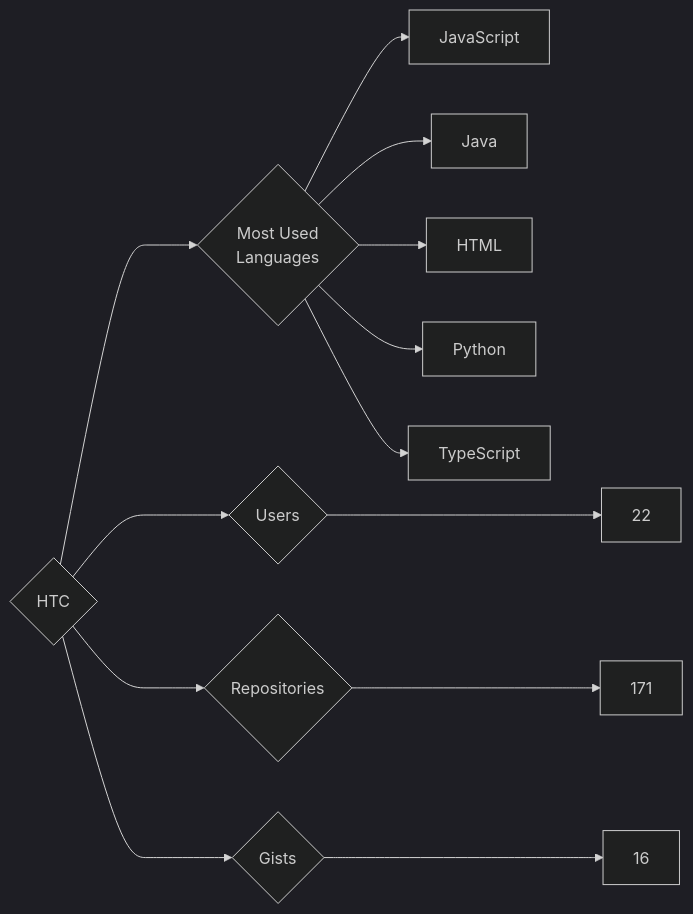
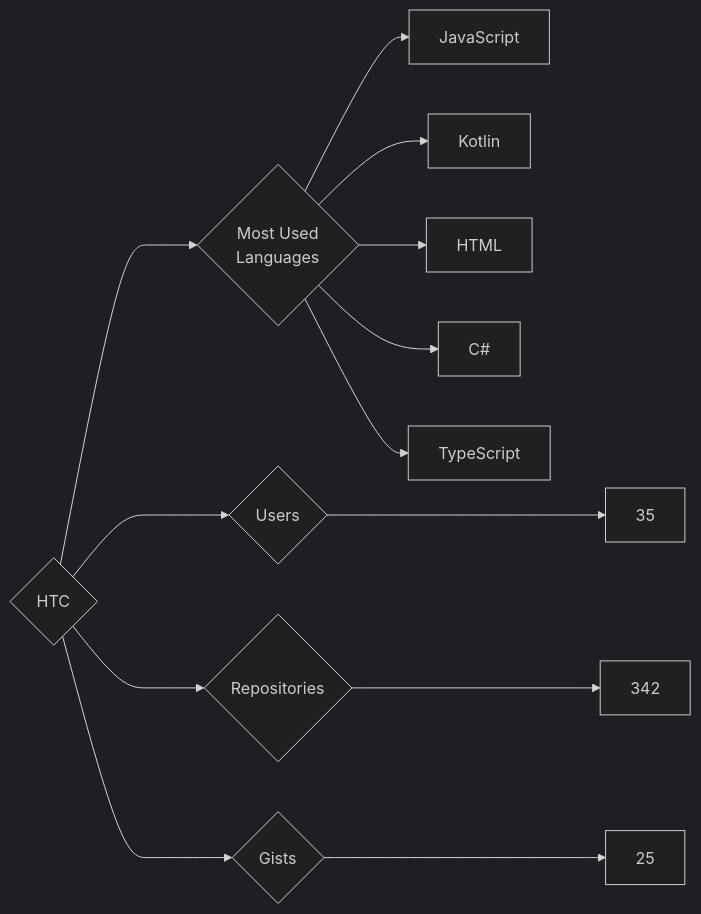
Before and after one commit to trickest/insiders: the diagram in targets/HTC/README.md, drawn with Mermaid (dark theme). The commit also changed 682 other files, not shown here.

````diff
--- a/targets/HTC/README.md
+++ b/targets/HTC/README.md
@@ -3,13 +3,13 @@
 ```mermaid
 graph LR
 COMPANY_NAME{HTC}
-COMPANY_NAME ---> U{Users} ---> UN[22]
-COMPANY_NAME ---> R{Repositories} ---> RN[171]
-COMPANY_NAME ---> G{Gists} ---> GN[16]
+COMPANY_NAME ---> U{Users} ---> UN[35]
+COMPANY_NAME ---> R{Repositories} ---> RN[342]
+COMPANY_NAME ---> G{Gists} ---> GN[25]
 COMPANY_NAME ---> ML{Most Used<br>Languages}
 ML --> JavaScript[JavaScript]
-ML --> Java[Java]
+ML --> Kotlin[Kotlin]
 ML --> HTML[HTML]
-ML --> Python[Python]
+ML --> C#[C#]
 ML --> TypeScript[TypeScript]
 ```
````
